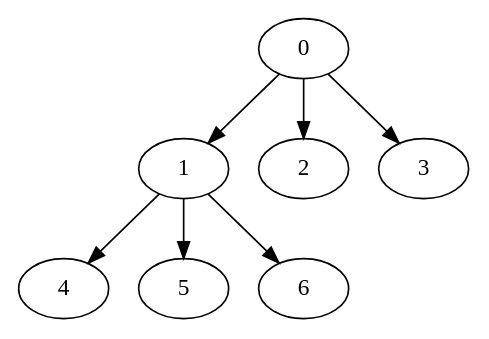
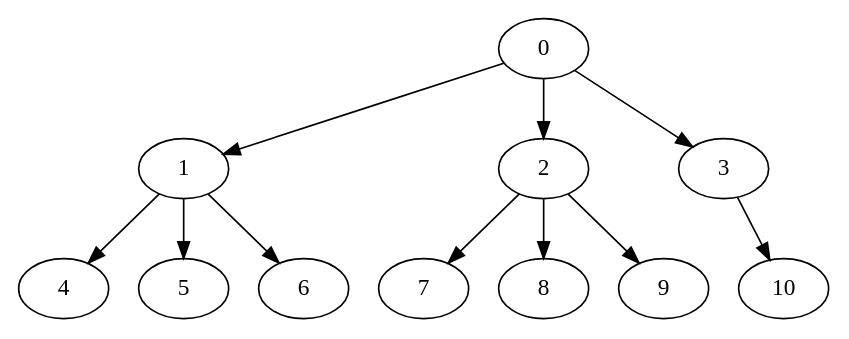
One commit to Jordanwmk/Paralex changed the diagram in src/test2.dot. Above: the diagram before and after it, drawn with Graphviz. The commit also changed 7 other files, not shown here.

```diff
--- a/src/test2.dot
+++ b/src/test2.dot
@@ -1,15 +1,23 @@
 digraph {
-	"0" ["weight"="5","Processor"=1,"Start"=0];
-	"1" ["weight"="6","Processor"=1,"Start"=11];
-	"2" ["weight"="5","Processor"=2,"Start"=16];
-	"3" ["weight"="6","Processor"=1,"Start"=5];
-	"4" ["weight"="4","Processor"=1,"Start"=24];
-	"5" ["weight"="7","Processor"=2,"Start"=21];
-	"6" ["weight"="7","Processor"=1,"Start"=17];
-	"0" -> "1" ["weight"="15"];
-	"0" -> "2" ["weight"="11"];
-	"0" -> "3" ["weight"="11"];
-	"1" -> "4" ["weight"="19"];
-	"1" -> "5" ["weight"="4"];
-	"1" -> "6" ["weight"="21"];
+	"0" ["weight"="50","Processor"=1,"Start"=0];
+	"1" ["weight"="70","Processor"=1,"Start"=50];
+	"2" ["weight"="90","Processor"=3,"Start"=57];
+	"3" ["weight"="100","Processor"=2,"Start"=54];
+	"4" ["weight"="40","Processor"=1,"Start"=120];
+	"5" ["weight"="20","Processor"=2,"Start"=194];
+	"6" ["weight"="100","Processor"=4,"Start"=125];
+	"7" ["weight"="80","Processor"=3,"Start"=147];
+	"8" ["weight"="50","Processor"=1,"Start"=160];
+	"9" ["weight"="20","Processor"=2,"Start"=174];
+	"10" ["weight"="20","Processor"=2,"Start"=154];
+	"0" -> "1" ["weight"="9"];
+	"0" -> "2" ["weight"="7"];
+	"0" -> "3" ["weight"="4"];
+	"1" -> "4" ["weight"="10"];
+	"1" -> "5" ["weight"="7"];
+	"1" -> "6" ["weight"="5"];
+	"2" -> "7" ["weight"="5"];
+	"2" -> "8" ["weight"="3"];
+	"2" -> "9" ["weight"="10"];
+	"3" -> "10" ["weight"="4"];
 }
```
